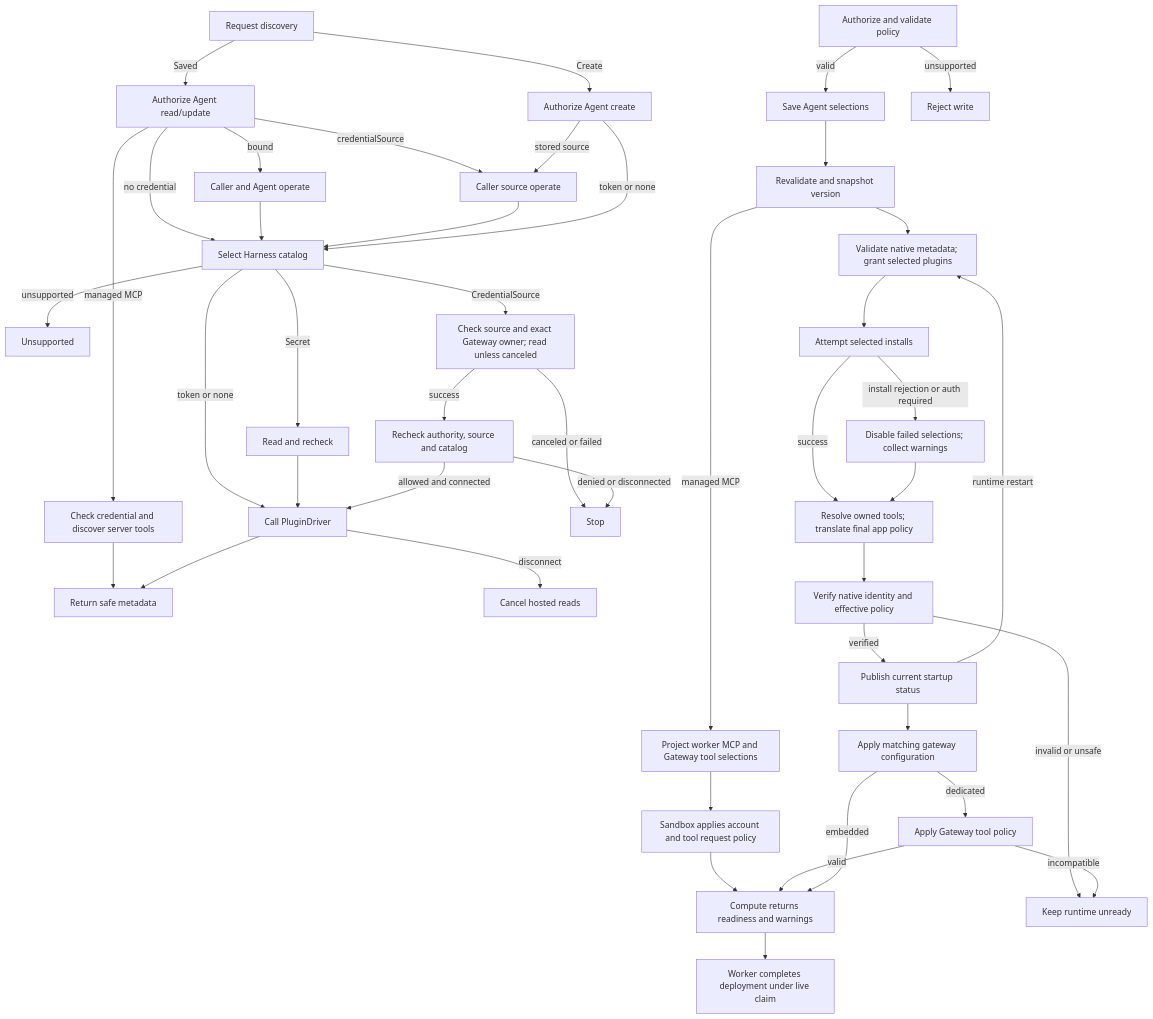
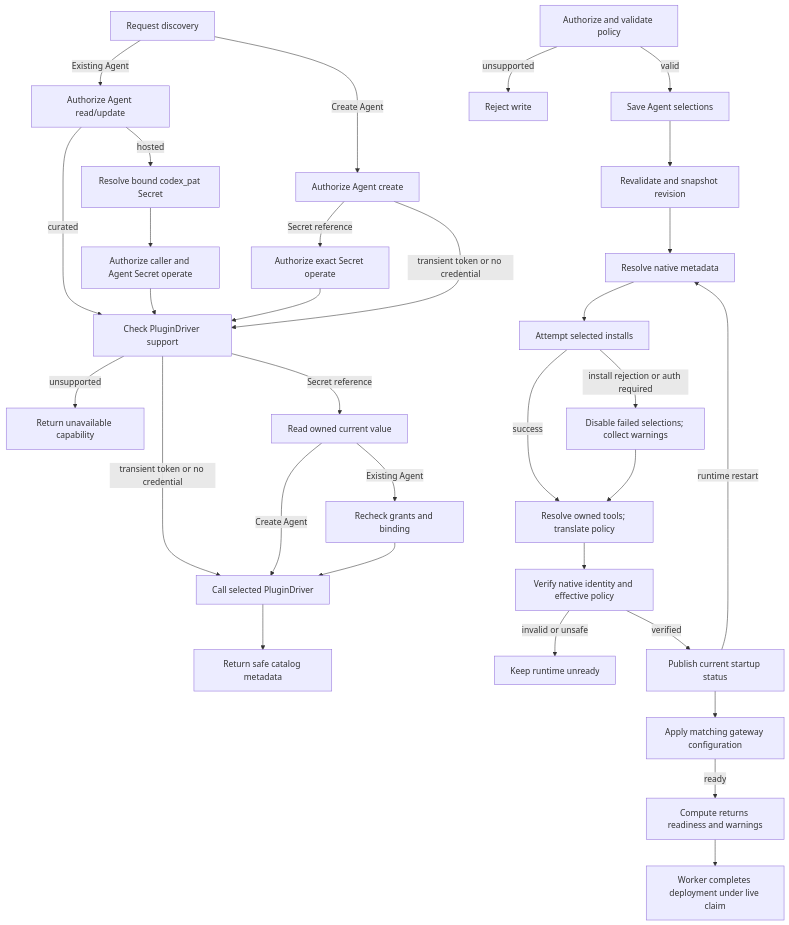
One commit to openclaw/openclaw-enterprise changed the diagram in docs/flows/agent-plugins.md. Above: the diagram before and after it, drawn with Mermaid. The commit also changed other lines of this file and 61 other files, not shown here.

Commit message:
Polish Agent deployment and revision plugin editing

````diff
--- a/docs/flows/agent-plugins.md
+++ b/docs/flows/agent-plugins.md
@@ -25,42 +30,34 @@
 ```mermaid
 graph TD
-  D0["Request discovery"] -->|Create| D1["Authorize Agent create"]
-  D0 -->|Saved| E0["Authorize Agent read/update"]
-  E0 -->|no credential| D6
-  E0 -->|bound| E1["Caller and Agent operate"] --> D6
-  E0 -->|managed MCP| M0["Check credential and discover server tools"] --> D5
-  E0 -->|credentialSource| D2
-  D1 -->|stored source| D2["Caller source operate"] --> D6["Select Harness catalog"]
-  D1 -->|token or none| D6
-  D6 -->|unsupported| D7["Unsupported"]
-  D6 -->|token or none| D4["Call PluginDriver"]
-  D6 -->|Secret| D3["Read and recheck"] --> D4
-  D6 -->|CredentialSource| D9["Check source and exact Gateway owner; read unless canceled"]
-  D9 -->|success| D10["Recheck authority, source and catalog"]
-  D10 -->|allowed and connected| D4
-  D9 -->|canceled or failed| D12["Stop"]
-  D10 -->|denied or disconnected| D12
-  D4 -->|disconnect| D8["Cancel hosted reads"]
-  D4 --> D5["Return safe metadata"]
+  D0["Request discovery"] -->|Create Agent| D1["Authorize Agent create"]
+  D0 -->|Existing Agent| E0["Authorize Agent read/update"]
+  E0 -->|curated| D6
+  E0 -->|hosted| E1["Resolve bound codex_pat Secret"]
+  E1 --> E2["Authorize caller and Agent Secret operate"]
+  E2 --> D6
+  D1 -->|Secret reference| D2["Authorize exact Secret operate"]
+  D2 --> D6["Check PluginDriver support"]
+  D1 -->|transient token or no credential| D6
+  D6 -->|unsupported| D7["Return unavailable capability"]
+  D6 -->|Secret reference| D3["Read owned current value"]
+  D6 -->|transient token or no credential| D4["Call selected PluginDriver"]
+  D3 -->|Create Agent| D4
+  D3 -->|Existing Agent| E3["Recheck grants and binding"]
+  E3 --> D4
+  D4 --> D5["Return safe catalog metadata"]
   A["Authorize and validate policy"] -->|valid| S["Save Agent selections"]
   A -->|unsupported| Y["Reject write"]
-  S --> B["Revalidate and snapshot version"]
-  B -->|managed MCP| K["Project worker MCP and Gateway tool selections"]
-  K --> L["Sandbox applies account and tool request policy"]
-  L --> I
-  B --> C["Validate native metadata; grant selected plugins"]
+  S --> B["Revalidate and snapshot revision"]
+  B --> C["Resolve native metadata"]
   C --> D["Attempt selected installs"]
   D -->|install rejection or auth required| E["Disable failed selections; collect warnings"]
-  D -->|success| T["Resolve owned tools; translate final app policy"]
+  D -->|success| T["Resolve owned tools; translate policy"]
   E --> T
   T --> F["Verify native identity and effective policy"]
   F -->|invalid or unsafe| X["Keep runtime unready"]
   F -->|verified| G["Publish current startup status"]
   G --> H["Apply matching gateway configuration"]
-  H -->|dedicated| P["Apply Gateway tool policy"]
-  P -->|incompatible| X
-  P -->|valid| I
-  H -->|embedded| I["Compute returns readiness and warnings"]
+  H -->|ready| I["Compute returns readiness and warnings"]
   I --> J["Worker completes deployment under live claim"]
   G -->|runtime restart| C
 ```
````
